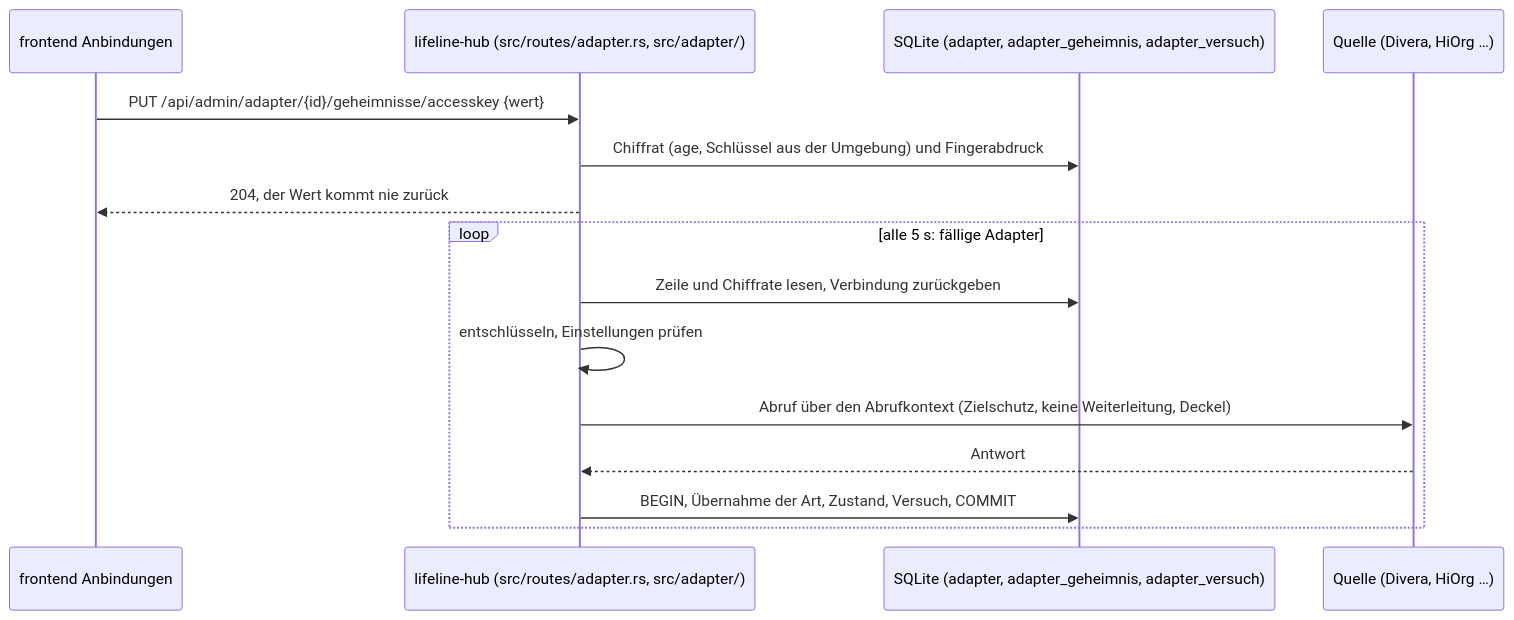
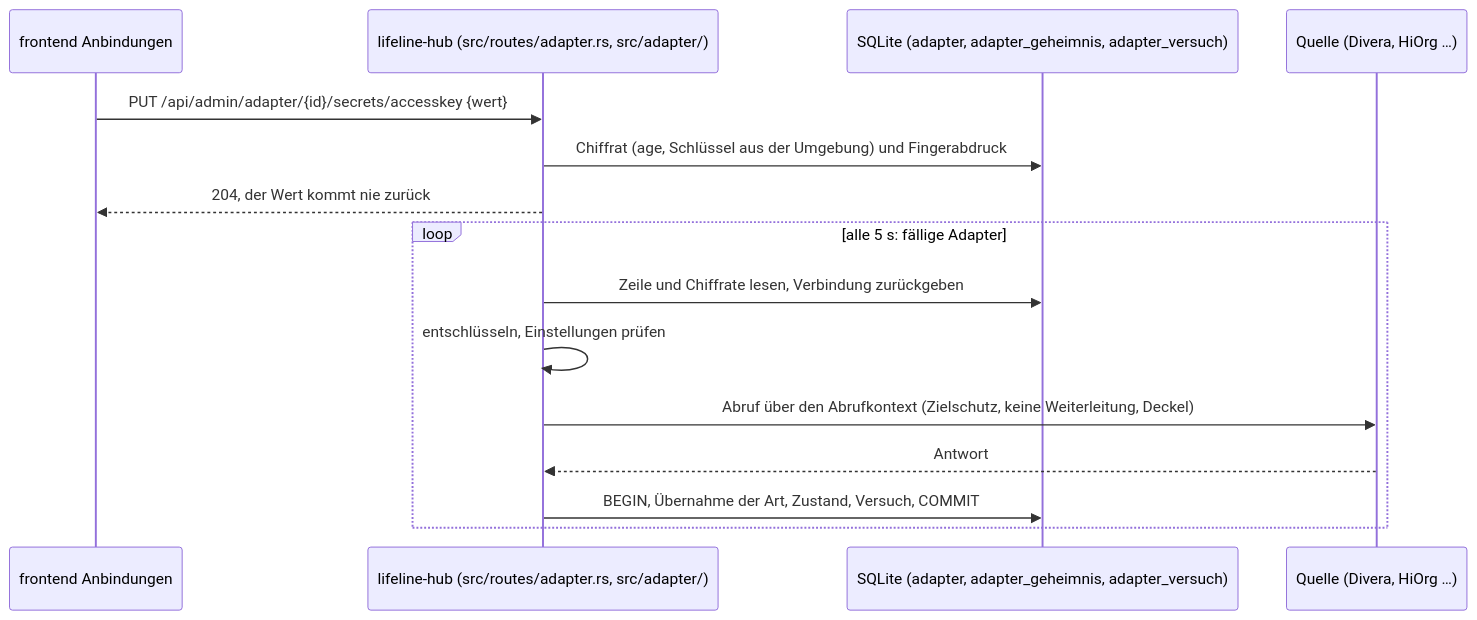
Diagram 15 of 19 in docs/architektur/06-laufzeitsicht.md (rubenvitt/lifeline-hub), drawn with Mermaid before and after one commit. The commit also changed other lines of this file and 35 other files, not shown here.

First line of the commit message:
refactor(api): Admin-Routen englisch nach ADR-0085 (LLH-2049)

````diff
--- a/docs/architektur/06-laufzeitsicht.md
+++ b/docs/architektur/06-laufzeitsicht.md
@@ -633,17 +633,17 @@
 ```mermaid
 sequenceDiagram
   participant Admin as frontend Anbindungen
   participant Hub as lifeline-hub (src/routes/adapter.rs, src/adapter/)
   participant DB as SQLite (adapter, adapter_geheimnis, adapter_versuch)
   participant Q as Quelle (Divera, HiOrg …)
-  Admin->>Hub: PUT /api/admin/adapter/{id}/geheimnisse/accesskey {wert}
+  Admin->>Hub: PUT /api/admin/adapter/{id}/secrets/accesskey {wert}
   Hub->>DB: Chiffrat (age, Schlüssel aus der Umgebung) und Fingerabdruck
   Hub-->>Admin: 204, der Wert kommt nie zurück
   loop alle 5 s: fällige Adapter
     Hub->>DB: Zeile und Chiffrate lesen, Verbindung zurückgeben
     Hub->>Hub: entschlüsseln, Einstellungen prüfen
     Hub->>Q: Abruf über den Abrufkontext (Zielschutz, keine Weiterleitung, Deckel)
     Q-->>Hub: Antwort
     Hub->>DB: BEGIN, Übernahme der Art, Zustand, Versuch, COMMIT
   end
 ```
````
